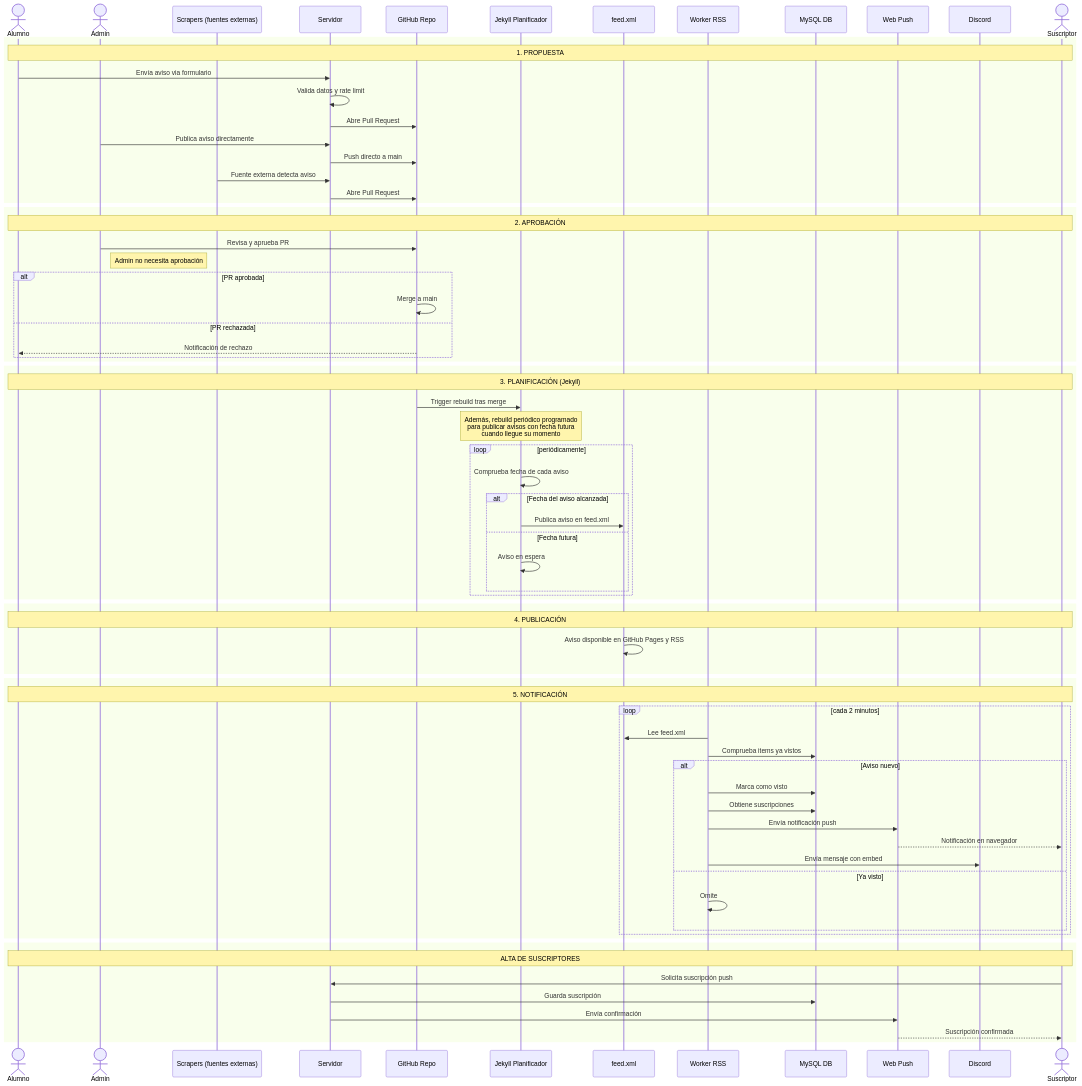
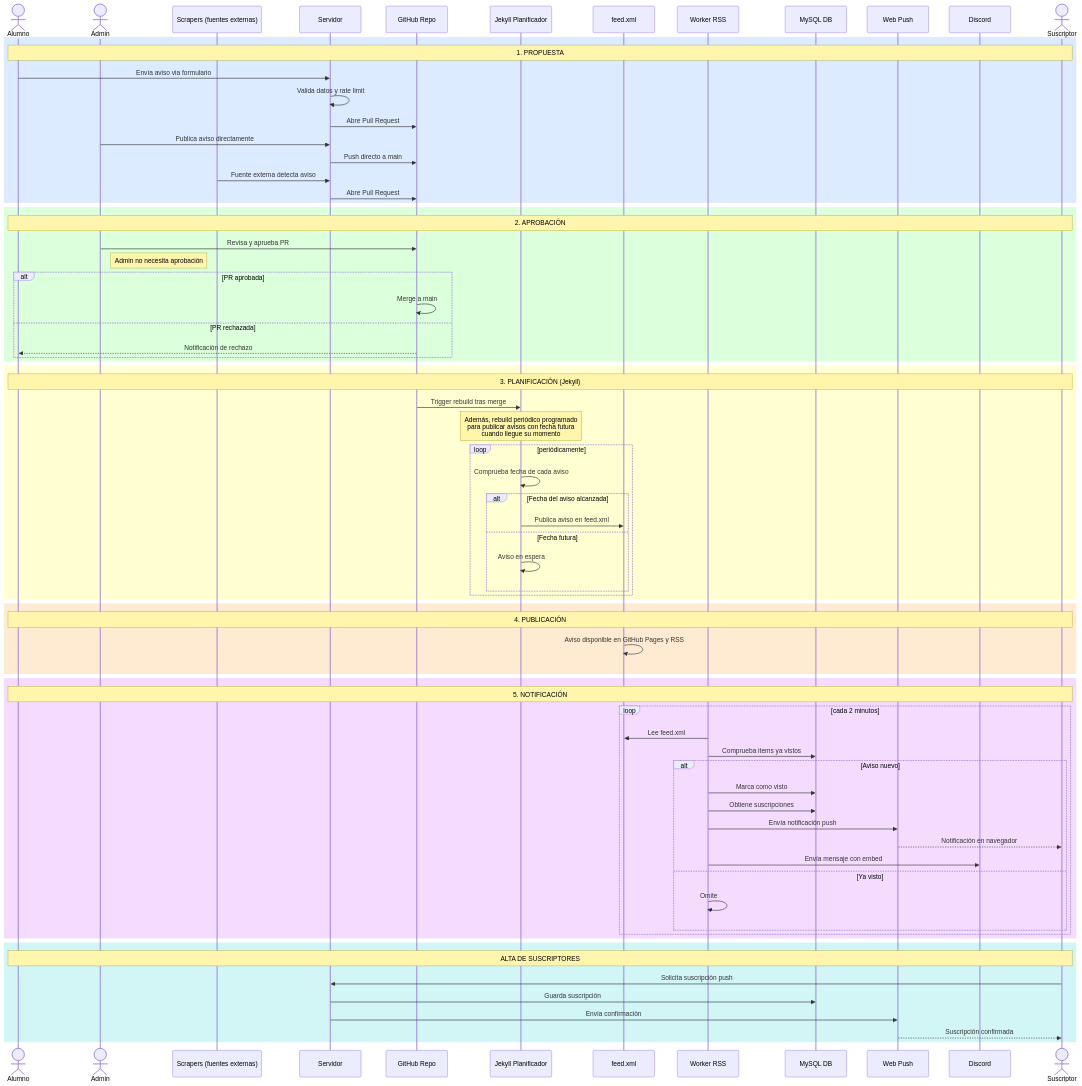
One commit to ggelado/avisos5S2M-B changed the diagram in README.md. Above: the diagram before and after it, drawn with Mermaid.

````diff
--- a/README.md
+++ b/README.md
@@ -40,81 +40,81 @@
 ```mermaid
 sequenceDiagram
     actor Alumno
     actor Admin
     participant Scraper as Scrapers (fuentes externas)
     participant Servidor
     participant GitHub as GitHub Repo
     participant Jekyll as Jekyll Planificador
     participant Feed as feed.xml
     participant Worker as Worker RSS
     participant DB as MySQL DB
     participant Push as Web Push
     participant Discord
     actor Suscriptor
 
-    rect
+    rect rgb(220, 235, 255)
         Note over Alumno,Suscriptor: 1. PROPUESTA
         Alumno->>Servidor: Envía aviso via formulario
         Servidor->>Servidor: Valida datos y rate limit
         Servidor->>GitHub: Abre Pull Request
         Admin->>Servidor: Publica aviso directamente
         Servidor->>GitHub: Push directo a main
         Scraper->>Servidor: Fuente externa detecta aviso
         Servidor->>GitHub: Abre Pull Request
     end
 
-    rect
+    rect rgb(220, 255, 220)
         Note over Alumno,Suscriptor: 2. APROBACIÓN
         Admin->>GitHub: Revisa y aprueba PR
         Note right of Admin: Admin no necesita aprobación
         alt PR aprobada
             GitHub->>GitHub: Merge a main
         else PR rechazada
             GitHub-->>Alumno: Notificación de rechazo
         end
     end
 
-    rect
+    rect rgb(255, 255, 210)
         Note over Alumno,Suscriptor: 3. PLANIFICACIÓN (Jekyll)
         GitHub->>Jekyll: Trigger rebuild tras merge
         Note over Jekyll: Además, rebuild periódico programado<br/>para publicar avisos con fecha futura<br/>cuando llegue su momento
         loop periódicamente
             Jekyll->>Jekyll: Comprueba fecha de cada aviso
             alt Fecha del aviso alcanzada
                 Jekyll->>Feed: Publica aviso en feed.xml
             else Fecha futura
                 Jekyll->>Jekyll: Aviso en espera
             end
         end
     end
 
-    rect
+    rect rgb(255, 235, 210)
         Note over Alumno,Suscriptor: 4. PUBLICACIÓN
         Feed->>Feed: Aviso disponible en GitHub Pages y RSS
     end
 
-    rect
+    rect rgb(245, 220, 255)
         Note over Alumno,Suscriptor: 5. NOTIFICACIÓN
         loop cada 2 minutos
             Worker->>Feed: Lee feed.xml
             Worker->>DB: Comprueba items ya vistos
             alt Aviso nuevo
                 Worker->>DB: Marca como visto
                 Worker->>DB: Obtiene suscripciones
                 Worker->>Push: Envía notificación push
                 Push-->>Suscriptor: Notificación en navegador
                 Worker->>Discord: Envía mensaje con embed
             else Ya visto
                 Worker->>Worker: Omite
             end
         end
     end
 
-    rect
+    rect rgb(210, 245, 245)
         Note over Alumno,Suscriptor: ALTA DE SUSCRIPTORES
         Suscriptor->>Servidor: Solicita suscripción push
         Servidor->>DB: Guarda suscripción
         Servidor->>Push: Envía confirmación
         Push-->>Suscriptor: Suscripción confirmada
     end
 ```
````
